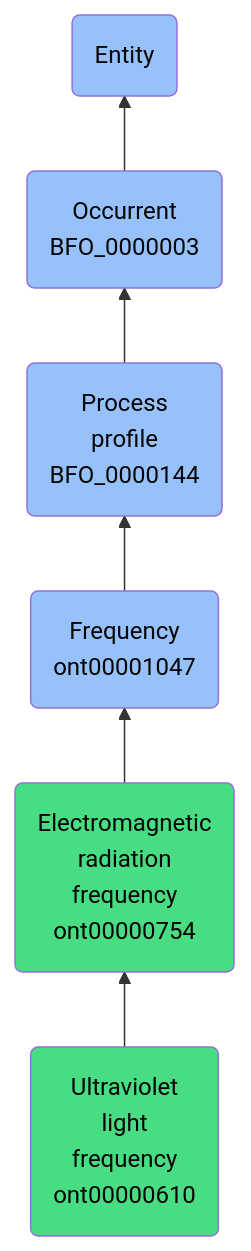
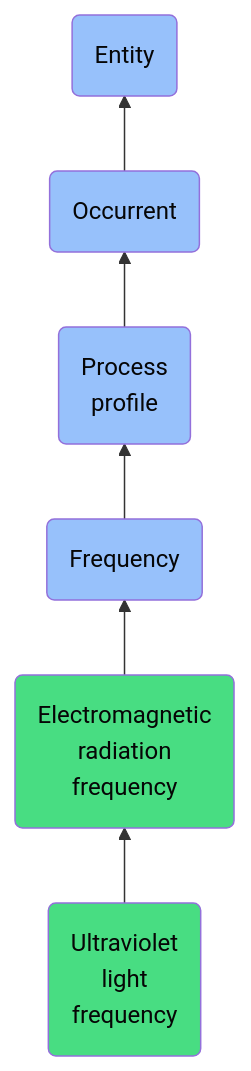
One commit to jupyter-naas/abi changed the diagram in docs/ontology/reference/model/Entity/Occurrent/Process profile/Frequency/Electromagnetic radiation frequency/Ultraviolet light frequency/Ultraviolet light frequency.md. Above: the diagram before and after it, drawn with Mermaid. The commit also changed other lines of this file and 1430 other files, not shown here.

````diff
--- a/docs/ontology/reference/model/Entity/Occurrent/Process profile/Frequency/Electromagnetic radiation frequency/Ultraviolet light frequency/Ultraviolet light frequency.md
+++ b/docs/ontology/reference/model/Entity/Occurrent/Process profile/Frequency/Electromagnetic radiation frequency/Ultraviolet light frequency/Ultraviolet light frequency.md
@@ -24,13 +24,13 @@
 ```mermaid
 graph BT
-    ont00000610(Ultraviolet<br>light<br>frequency<br>ont00000610):::ABI-->ont00000754
-    ont00000754(Electromagnetic<br>radiation<br>frequency<br>ont00000754):::ABI-->ont00001047
-    ont00001047(Frequency<br>ont00001047):::BFO-->BFO_0000144
-    BFO_0000144(Process<br>profile<br>BFO_0000144):::BFO-->BFO_0000003
-    BFO_0000003(Occurrent<br>BFO_0000003):::BFO-->BFO_0000001
+    ont00000610(Ultraviolet<br>light<br>frequency):::ABI-->ont00000754
+    ont00000754(Electromagnetic<br>radiation<br>frequency):::ABI-->ont00001047
+    ont00001047(Frequency):::BFO-->BFO_0000144
+    BFO_0000144(Process<br>profile):::BFO-->BFO_0000003
+    BFO_0000003(Occurrent):::BFO-->BFO_0000001
     BFO_0000001(Entity):::BFO
     
     classDef BFO fill:#97c1fb,color:#060606
     classDef CCO fill:#e4c51e,color:#060606
     classDef ABI fill:#48DD82,color:#060606
 ```
````
